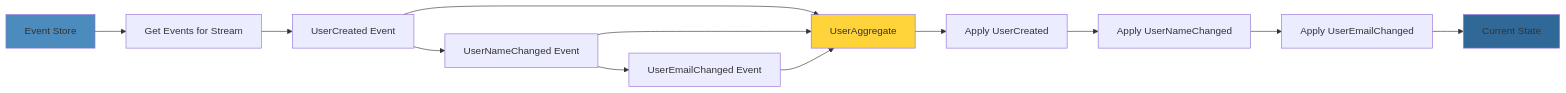
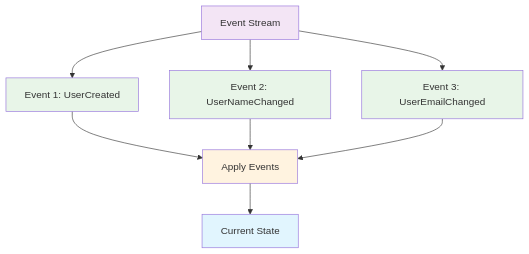
Before and after one commit to anmarkoulis/event-sourcing: the diagram in diagrams/source/event-replay.mmd, drawn with Mermaid. The commit also changed 22 other files, not shown here.

```diff
--- a/diagrams/source/event-replay.mmd
+++ b/diagrams/source/event-replay.mmd
@@ -1,18 +1,17 @@
-graph LR
-    A[Event Store] --> B[Get Events for Stream]
-    B --> C[UserCreated Event]
-    C --> D[UserNameChanged Event]
-    D --> E[UserEmailChanged Event]
+graph TD
+    A[Event Stream] --> B[Event 1: UserCreated]
+    A --> C[Event 2: UserNameChanged]
+    A --> D[Event 3: UserEmailChanged]
 
-    F[UserAggregate] --> G[Apply UserCreated]
-    G --> H[Apply UserNameChanged]
-    H --> I[Apply UserEmailChanged]
-    I --> J[Current State]
+    B --> E[Apply Events]
+    C --> E
+    D --> E
 
-    C --> F
-    D --> F
-    E --> F
+    E --> F[Current State]
 
-    style A fill:#4B8BBE
-    style F fill:#FFD43B
-    style J fill:#306998
+    style A fill:#f3e5f5
+    style B fill:#e8f5e8
+    style C fill:#e8f5e8
+    style D fill:#e8f5e8
+    style E fill:#fff3e0
+    style F fill:#e1f5fe
```
